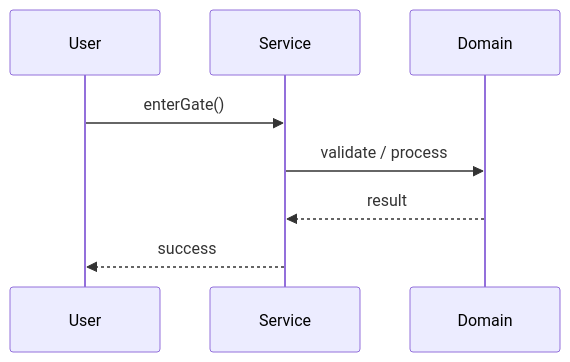
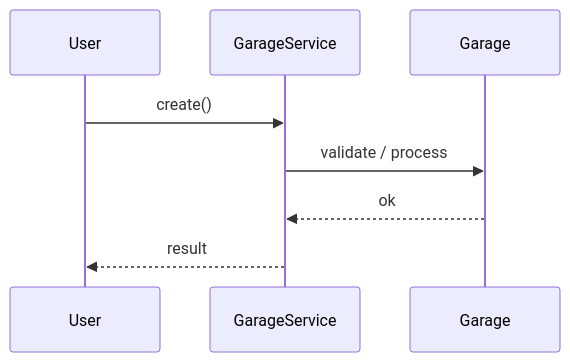
The second of 3 diagrams in Learn/System Design - Low Level Design/02-classic-ood/questions/Q38-parking-garage.md (madhupaila/Interview-Prep-SSE), drawn with Mermaid before and after one commit. The commit also changed other lines of this file and 491 other files, not shown here.

````diff
--- a/Learn/System Design - Low Level Design/02-classic-ood/questions/Q38-parking-garage.md
+++ b/Learn/System Design - Low Level Design/02-classic-ood/questions/Q38-parking-garage.md
@@ -122,10 +147,10 @@
 ```mermaid
 sequenceDiagram
-    participant U as User
-    participant S as Service
-    participant D as Domain
-    U->>S: enterGate()
-    S->>D: validate / process
-    D-->>S: result
-    S-->>U: success
+participant U as User
+participant S as GarageService
+participant D as Garage
+U->>S: create()
+S->>D: validate / process
+D-->>S: ok
+S-->>U: result
 ```
````
